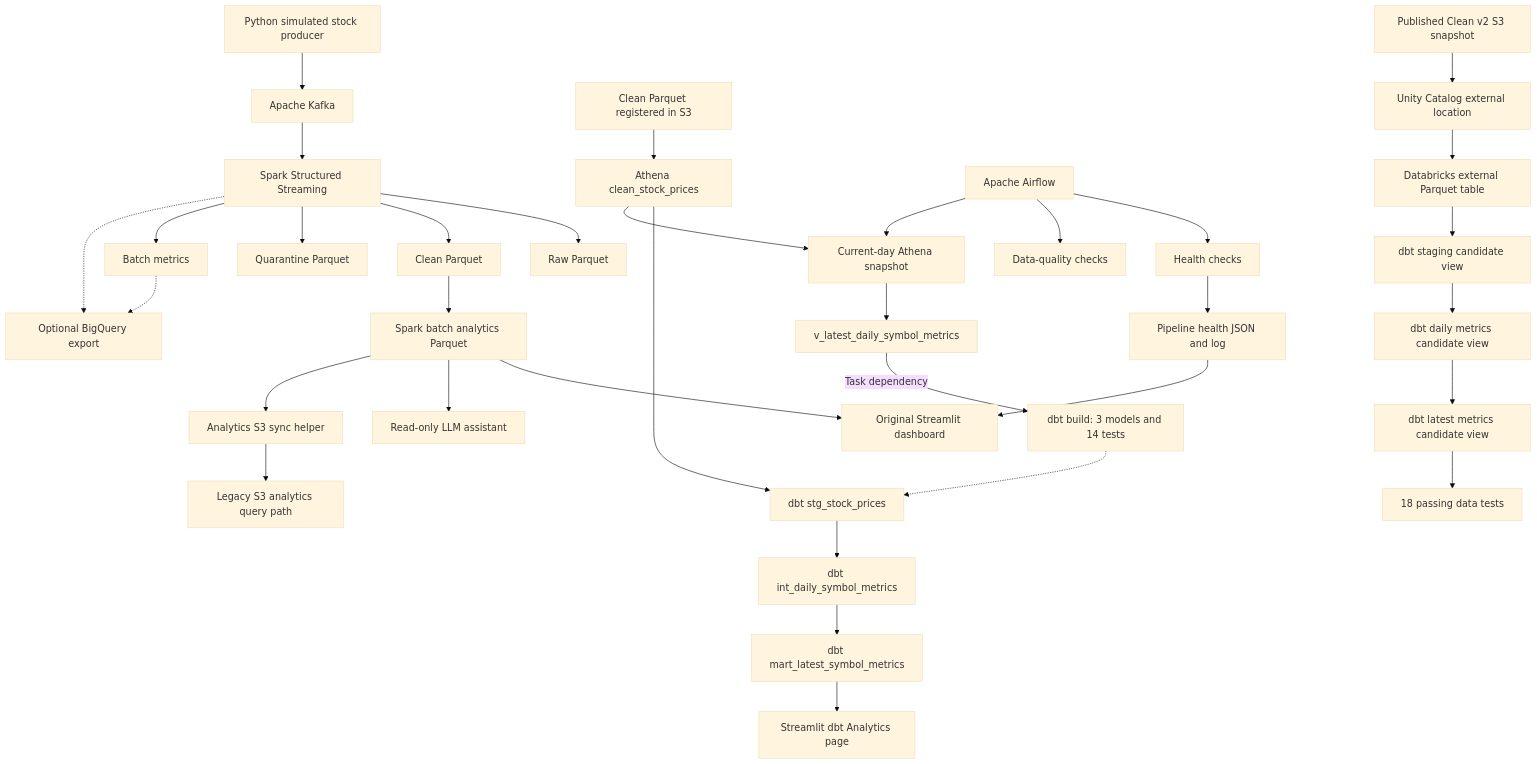
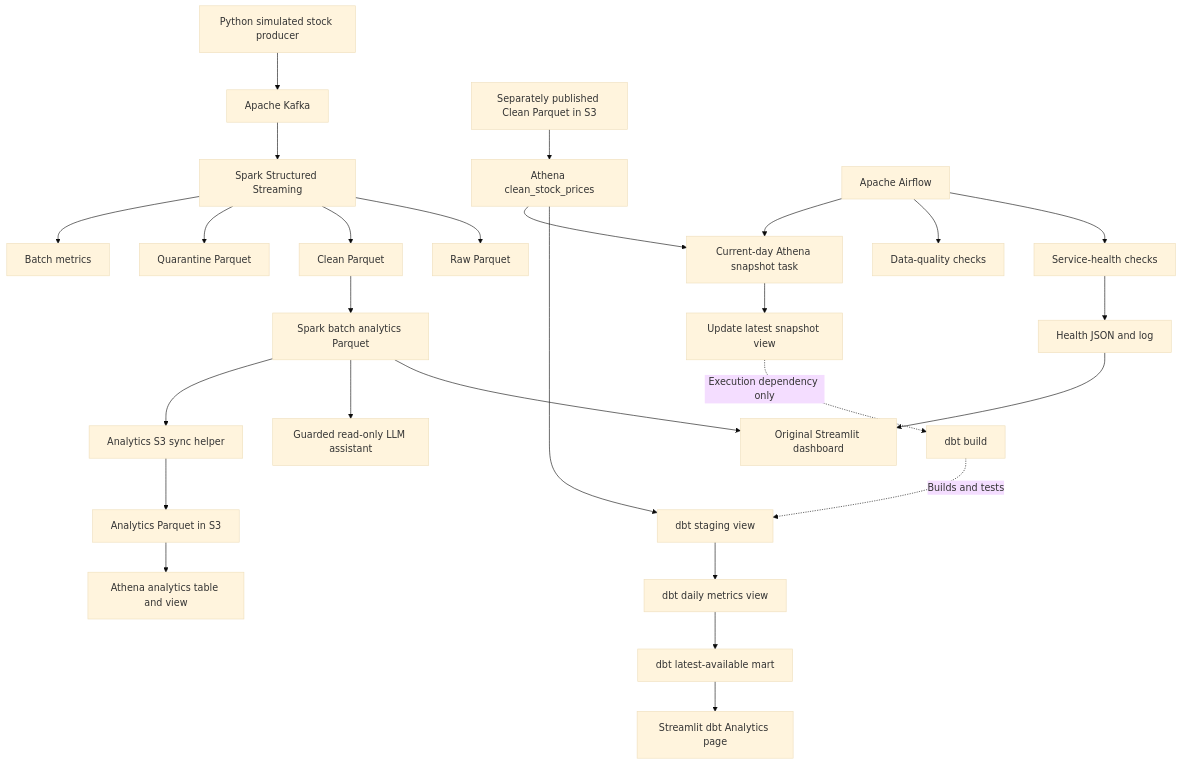
One commit to hn0629/real-time-data-engineering-pipeline changed the first of 2 diagrams in README.md. Above: the diagram before and after it, drawn with Mermaid (base theme). The commit also changed other lines of this file, not shown here.

Commit message:
docs: finalize platform overview architecture and validation

````diff
--- a/README.md
+++ b/README.md
@@ -48,41 +91,32 @@
 ```mermaid
 flowchart TB
     P[Python simulated stock producer] --> K[Apache Kafka]
     K --> S[Spark Structured Streaming]
     S --> R[Raw Parquet]
     S --> C[Clean Parquet]
     S --> Q[Quarantine Parquet]
     S --> M[Batch metrics]
 
     C --> A[Spark batch analytics Parquet]
     A --> D[Original Streamlit dashboard]
-    A --> L[Read-only LLM assistant]
+    A --> L[Guarded read-only LLM assistant]
     A --> SYNC[Analytics S3 sync helper]
-    SYNC --> LEGACY[Legacy S3 analytics query path]
+    SYNC --> AS3[Analytics Parquet in S3]
+    AS3 --> LEGACY[Athena analytics table and view]
 
-    CS3[Clean Parquet registered in S3] --> CT[Athena clean_stock_prices]
-    CT --> ST[dbt stg_stock_prices]
-    ST --> INT[dbt int_daily_symbol_metrics]
-    INT --> MART[dbt mart_latest_symbol_metrics]
+    CS3[Separately published Clean Parquet in S3] --> CT[Athena clean_stock_prices]
+    CT --> ST[dbt staging view]
+    ST --> INT[dbt daily metrics view]
+    INT --> MART[dbt latest-available mart]
     MART --> PAGE[Streamlit dbt Analytics page]
 
-    AF[Apache Airflow] --> HC[Health checks]
+    AF[Apache Airflow] --> HC[Service-health checks]
     AF --> DQ[Data-quality checks]
-    AF --> SNAP[Current-day Athena snapshot]
+    AF --> SNAP[Current-day Athena snapshot task]
     CT --> SNAP
-    SNAP --> VIEW[v_latest_daily_symbol_metrics]
-    VIEW -->|Task dependency| BUILD[dbt build: 3 models and 14 tests]
-    BUILD -.-> ST
-    HC --> STATUS[Pipeline health JSON and log]
+    SNAP --> VIEW[Update latest snapshot view]
+    VIEW -.->|Execution dependency only| BUILD[dbt build]
+    BUILD -.->|Builds and tests| ST
+    HC --> STATUS[Health JSON and log]
     STATUS --> D
-
-    S -.-> BQ[Optional BigQuery export]
-    M -.-> BQ
-
-    REPLAY[Published Clean v2 S3 snapshot] --> UC[Unity Catalog external location]
-    UC --> EXT[Databricks external Parquet table]
-    EXT --> DST[dbt staging candidate view]
-    DST --> DINT[dbt daily metrics candidate view]
-    DINT --> DMART[dbt latest metrics candidate view]
-    DMART --> TESTS[18 passing data tests]
 ```
````
